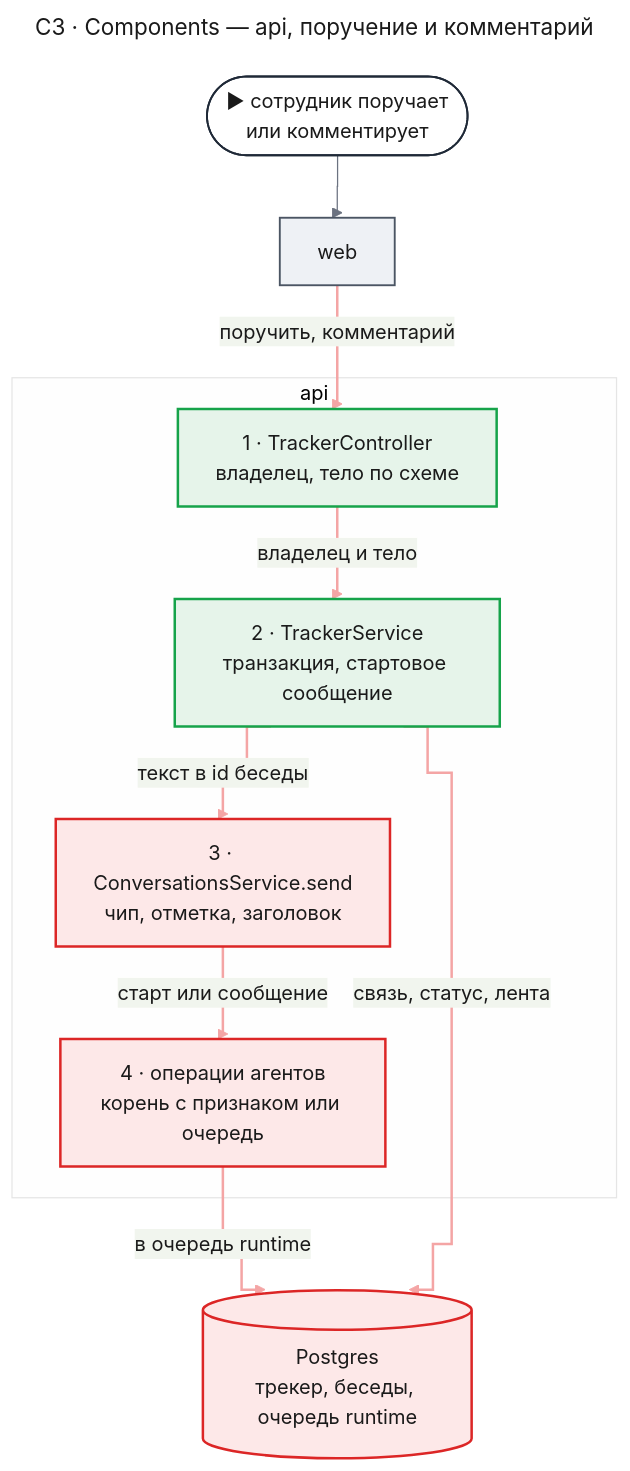
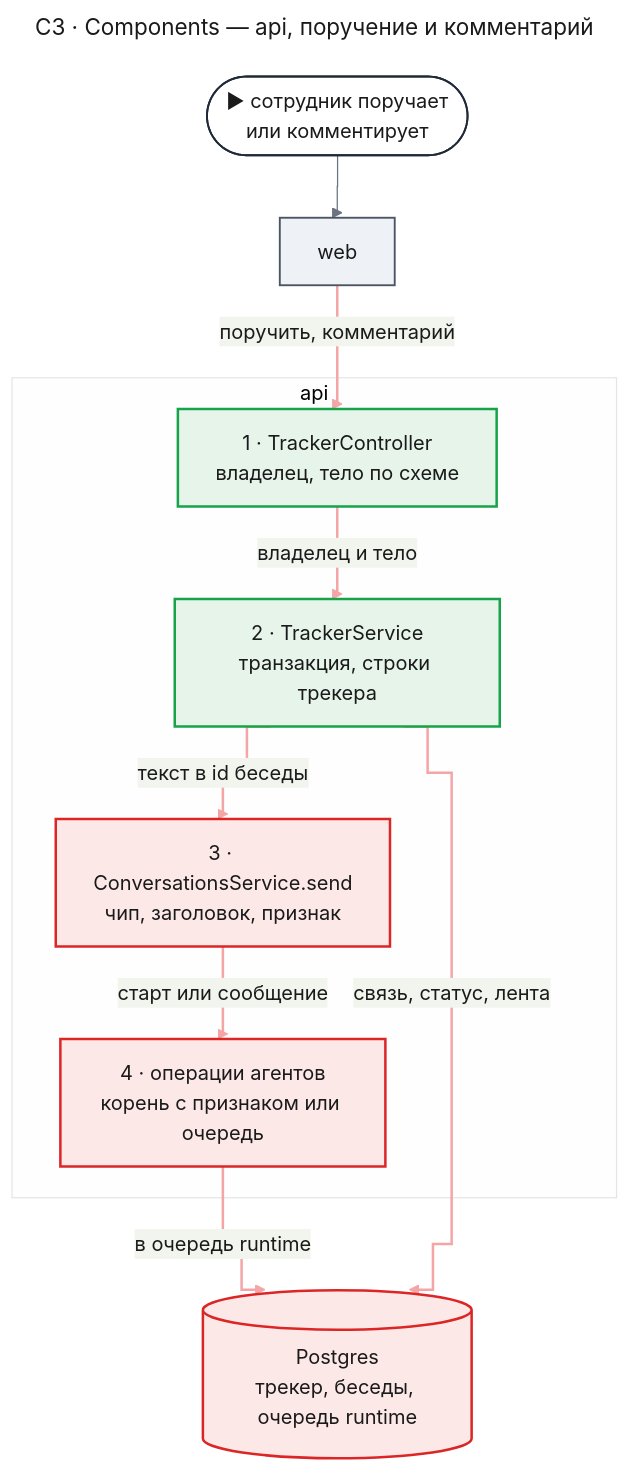
The first of 8 diagrams in docs/features/task-tracker/design-server.md (tundraray/agent-os), drawn with Mermaid before and after one commit. The commit also changed other lines of this file, not shown here.

Commit message:
docs: simplify the task tracker server design

````diff
--- a/docs/features/task-tracker/design-server.md
+++ b/docs/features/task-tracker/design-server.md
@@ -153,54 +161,54 @@
 ```mermaid
 ---
 title: "C3 · Components — api, поручение и комментарий"
 config:
   theme: base
   look: classic
   themeVariables:
     primaryColor: "#eef1f5"
     primaryBorderColor: "#4b5563"
     primaryTextColor: "#1a1a1a"
     lineColor: "#6b7280"
   flowchart:
     curve: step
   themeCSS: |
     @keyframes lit_c3d{0%,15%{stroke:#991b1b;stroke-width:6px}16.67%,100%{stroke:#f4a5a5;stroke-width:2px}}
 ---
 flowchart TB
     entry(["▶ сотрудник поручает<br/>или комментирует"])
     web["web"]
     subgraph api["api"]
         ctl["1 · TrackerController<br/>владелец, тело по схеме"]
-        svc["2 · TrackerService<br/>транзакция, стартовое сообщение"]
-        send["3 · ConversationsService.send<br/>чип, отметка, заголовок"]
+        svc["2 · TrackerService<br/>транзакция, строки трекера"]
+        send["3 · ConversationsService.send<br/>чип, заголовок, признак"]
         ops["4 · операции агентов<br/>корень с признаком или очередь"]
     end
     db[("Postgres<br/>трекер, беседы, очередь runtime")]
     entry --> web
     web e1@-->|"поручить, комментарий"| ctl
     ctl e2@-->|"владелец и тело"| svc
     svc e3@-->|"текст в id беседы"| send
     send e4@-->|"старт или сообщение"| ops
     ops e5@-->|"в очередь runtime"| db
     svc e6@-->|"связь, статус, лента"| db
     classDef entry fill:#ffffff,stroke:#1f2937,stroke-width:1.5px,color:#1a1a1a
     classDef changed fill:#fde8e8,stroke:#dc2626,stroke-width:2px,color:#1a1a1a
     classDef new fill:#e6f4ea,stroke:#16a34a,stroke-width:2px,color:#1a1a1a
     classDef unchanged fill:#eef1f5,stroke:#4b5563,stroke-width:1.5px,color:#1a1a1a
     classDef w1 stroke:#f4a5a5,stroke-width:2px,animation:lit_c3d 7.2s linear 0s infinite
     classDef w2 stroke:#f4a5a5,stroke-width:2px,animation:lit_c3d 7.2s linear 1.2s infinite
     classDef w3 stroke:#f4a5a5,stroke-width:2px,animation:lit_c3d 7.2s linear 2.4s infinite
     classDef w4 stroke:#f4a5a5,stroke-width:2px,animation:lit_c3d 7.2s linear 3.6s infinite
     classDef w5 stroke:#f4a5a5,stroke-width:2px,animation:lit_c3d 7.2s linear 4.8s infinite
     classDef w6 stroke:#f4a5a5,stroke-width:2px,animation:lit_c3d 7.2s linear 6s infinite
     class entry entry
     class web unchanged
     class ctl,svc new
     class send,ops,db changed
     class e1 w1
     class e2 w2
     class e3 w3
     class e4 w4
     class e5 w5
     class e6 w6
 ```
````
